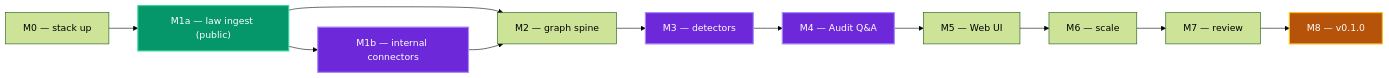
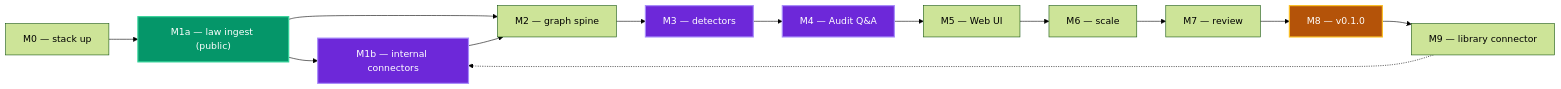
Before and after one commit to dannyota/mise: the diagram in docs/project/ROADMAP.md, drawn with Mermaid (forest theme). The commit also changed other lines of this file and 2 other files, not shown here.

Commit message:
docs: add M9 milestone — internal sources via document-library connector

````diff
--- a/docs/project/ROADMAP.md
+++ b/docs/project/ROADMAP.md
@@ -58,19 +60,21 @@
 ```mermaid
 flowchart LR
     M0["M0 — stack up"] --> M1a["M1a — law ingest (public)"]
     M1a --> M1b["M1b — internal connectors"]
     M1a --> M2["M2 — graph spine"]
     M1b --> M2
     M2 --> M3["M3 — detectors"]
     M3 --> M4["M4 — Audit Q&A"]
     M4 --> M5["M5 — Web UI"]
     M5 --> M6["M6 — scale"]
     M6 --> M7["M7 — review"]
     M7 --> M8["M8 — v0.1.0"]
+    M8 --> M9["M9 — library connector"]
+    M9 -.-> M1b
     classDef gated fill:#6d28d9,stroke:#a78bfa,color:#fff,stroke-width:2px
     classDef public fill:#059669,stroke:#34d399,color:#fff,stroke-width:2px
     classDef release fill:#b45309,stroke:#fbbf24,color:#fff,stroke-width:2px
     class M1b,M3,M4 gated
     class M1a public
     class M8 release
 ```
````
